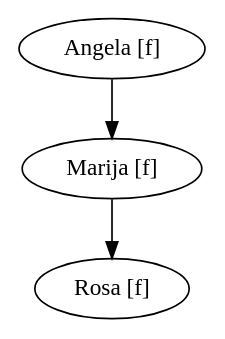
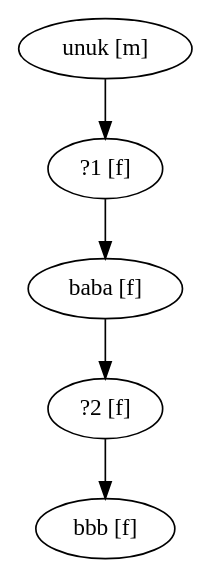
Before and after one commit to DjordjeR/esp_ass: the diagram in test.dot, drawn with Graphviz. The commit also changed 47 other files, not shown here.

```diff
--- a/test.dot
+++ b/test.dot
@@ -1,6 +1,8 @@
 digraph FamilyTree
 {
-  "Angela [f]" -> "Marija [f]";
-  "Marija [f]" -> "Rosa [f]";
-  "Rosa [f]";
+  "?1 [f]" -> "baba [f]";
+  "unuk [m]" -> "?1 [f]";
+  "baba [f]" -> "?2 [f]";
+  "?2 [f]" -> "bbb [f]";
+  "bbb [f]";
 }
```
